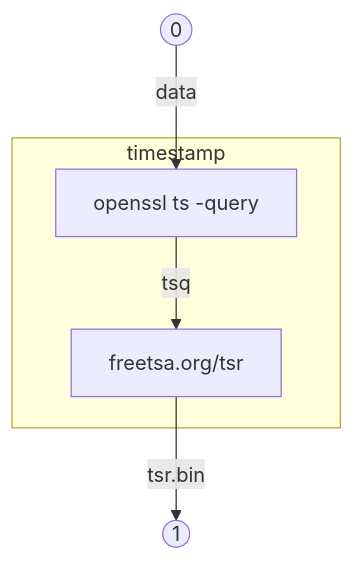
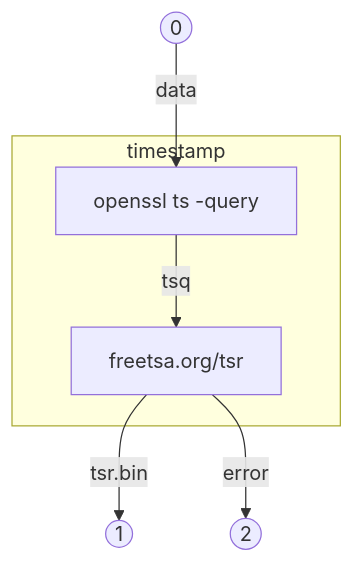
Before and after one commit to tibolpol/sealgood: the tenth of 12 diagrams in docs/fr/sealgood.md, drawn with Mermaid. The commit also changed other lines of this file and 38 other files, not shown here.

````diff
--- a/docs/fr/sealgood.md
+++ b/docs/fr/sealgood.md
@@ -1034,19 +1036,20 @@
 ```mermaid
 flowchart TB
 l0((0)) -->|data| ts[openssl ts -query]
 subgraph timestamp
   ts -->|tsq| curl[freetsa.org/tsr]
 end
 curl -->|tsr.bin| l1((1))
+curl -->|error| l2((2))
 click lookup "filetypes.md#lookup"
 click clean "sealgood.md#clean"
 click date "sealgood.md#date"
 click end_of_pipe "sealgood.md#end_of_pipe"
 click enumerate "sealgood.md#enumerate"
 click file2tgz "sealgood.md#file2tgz"
 click genkey "sealgood.md#genkey"
 click help "sealgood.md#help"
 click main "sealgood.md#main"
 click sign "sealgood.md#sign"
 click verify "sealgood.md#verify"
 ```
````
